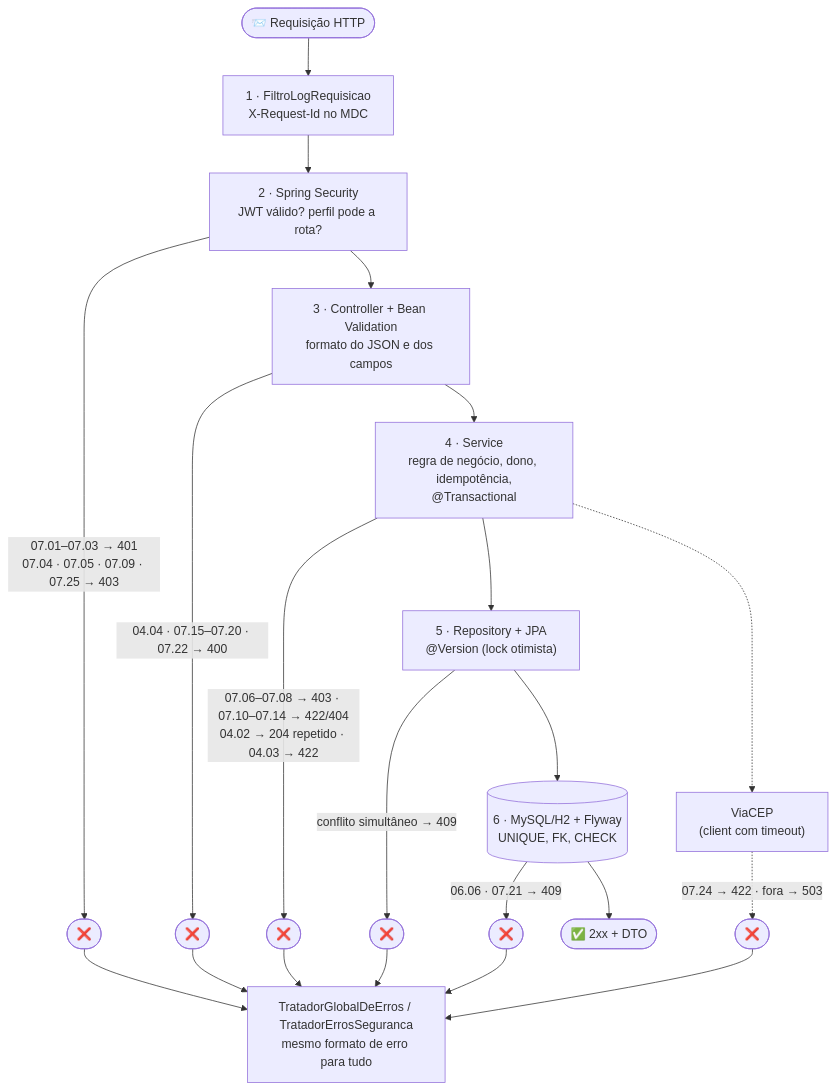
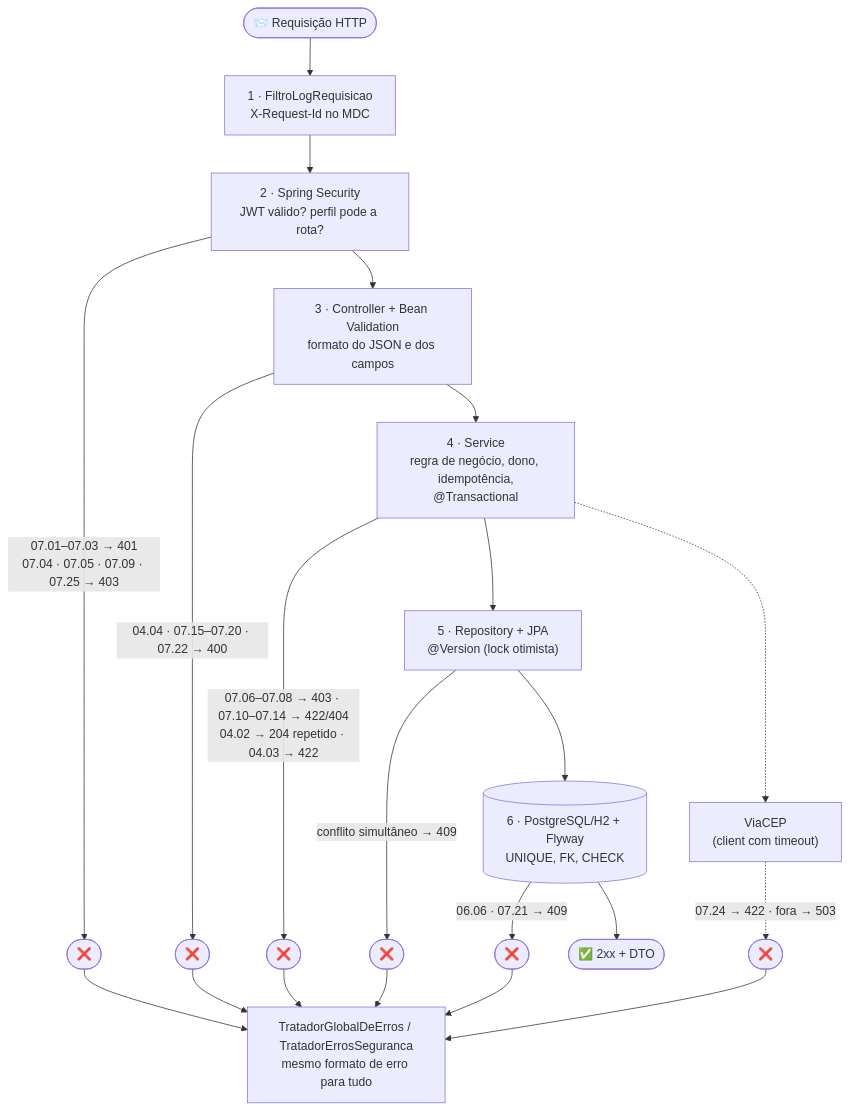
Before and after one commit to k3vinrich4rd/rkf_bank: the second of 2 diagrams in backend/README_TESTES_E2E.md, drawn with Mermaid. The commit also changed other lines of this file and 21 other files, not shown here.

First line of the commit message:
docs(banco): decisao, guia de corte e prompt do Renan para o PostgreSQL

````diff
--- a/backend/README_TESTES_E2E.md
+++ b/backend/README_TESTES_E2E.md
@@ -3582,17 +3582,17 @@
 ```mermaid
 flowchart TB
     REQ(["📨 Requisição HTTP"]) --> F1
     F1["1 · FiltroLogRequisicao<br/>X-Request-Id no MDC"] --> F2
     F2["2 · Spring Security<br/>JWT válido? perfil pode a rota?"] -->|"07.01–07.03 → 401<br/>07.04 · 07.05 · 07.09 · 07.25 → 403"| X1(["❌"])
     F2 --> F3
     F3["3 · Controller + Bean Validation<br/>formato do JSON e dos campos"] -->|"04.04 · 07.15–07.20 · 07.22 → 400"| X2(["❌"])
     F3 --> F4
     F4["4 · Service<br/>regra de negócio, dono, idempotência,<br/>@Transactional"] -->|"07.06–07.08 → 403 · 07.10–07.14 → 422/404<br/>04.02 → 204 repetido · 04.03 → 422"| X3(["❌"])
     F4 --> F5
     F5["5 · Repository + JPA<br/>@Version (lock otimista)"] -->|"conflito simultâneo → 409"| X4(["❌"])
     F5 --> F6
-    F6[("6 · MySQL/H2 + Flyway<br/>UNIQUE, FK, CHECK")] -->|"06.06 · 07.21 → 409"| X5(["❌"])
+    F6[("6 · PostgreSQL/H2 + Flyway<br/>UNIQUE, FK, CHECK")] -->|"06.06 · 07.21 → 409"| X5(["❌"])
     F4 -.-> V["ViaCEP<br/>(client com timeout)"] -.->|"07.24 → 422 · fora → 503"| X6(["❌"])
     X1 & X2 & X3 & X4 & X5 & X6 --> EH["TratadorGlobalDeErros / TratadorErrosSeguranca<br/>mesmo formato de erro para tudo"]
     F6 --> OK(["✅ 2xx + DTO"])
 ```
````
